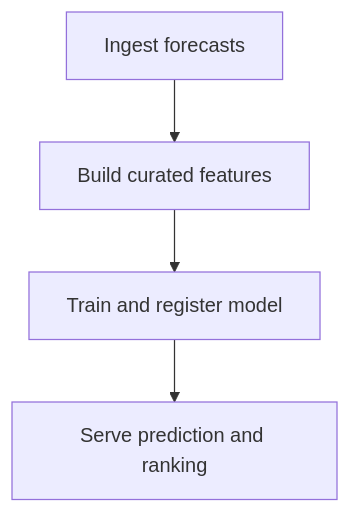
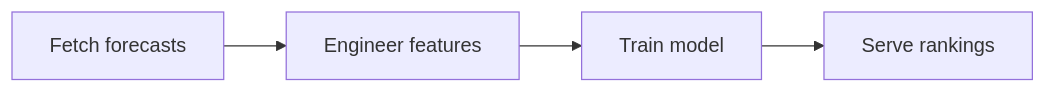
Before and after one commit to javihslu/foehncast: the second of 2 diagrams in docs/site/index.md, drawn with Mermaid. The commit also changed other lines of this file and 6 other files, not shown here.

```diff
--- a/docs/site/index.md
+++ b/docs/site/index.md
@@ -38,4 +40,4 @@
 <div class="mermaid">
-flowchart TD
-    INGEST[Ingest forecasts] --> FEATURES[Build curated features] --> TRAIN[Train and register model] --> SERVE[Serve prediction and ranking]
+flowchart LR
+    INGEST[Fetch forecasts] --> FEATURES[Engineer features] --> TRAIN[Train model] --> SERVE[Serve rankings]
 </div>
```
